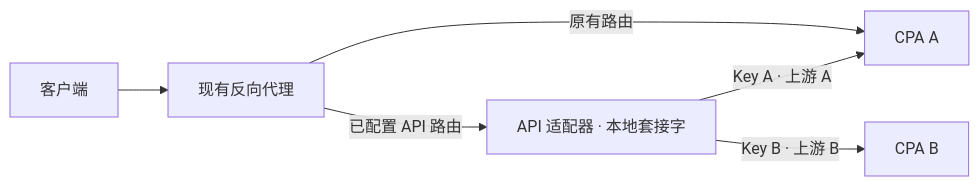
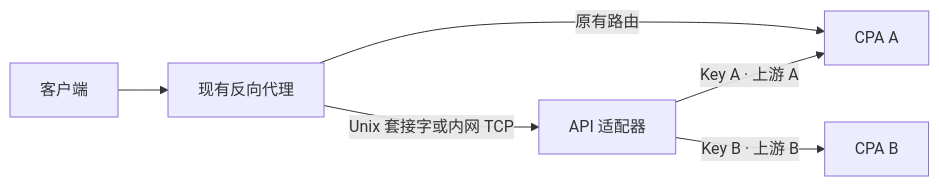
One commit to azmiao/cpa_api_adapter changed the diagram in README.md. Above: the diagram before and after it, drawn with Mermaid. The commit also changed other lines of this file and 5 other files, not shown here.

````diff
--- a/README.md
+++ b/README.md
@@ -27,8 +27,8 @@
 ```mermaid
 flowchart LR
   Client[客户端] --> Proxy[现有反向代理]
-  Proxy -->|已配置 API 路由| Plugin[API 适配器 · 本地套接字]
+  Proxy -->|Unix 套接字或内网 TCP| Plugin[API 适配器]
   Plugin -->|Key A · 上游 A| CPA1[CPA A]
   Plugin -->|Key B · 上游 B| CPA2[CPA B]
   Proxy -->|原有路由| CPA1
 ```
````
